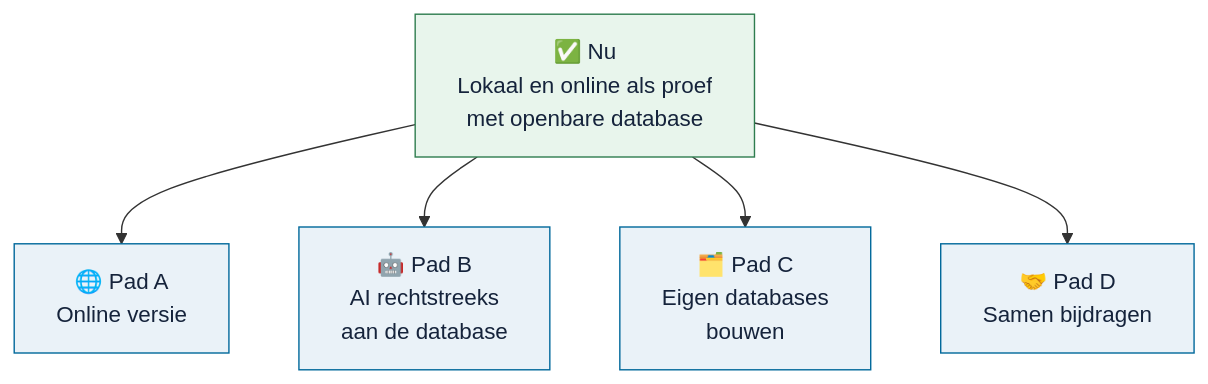
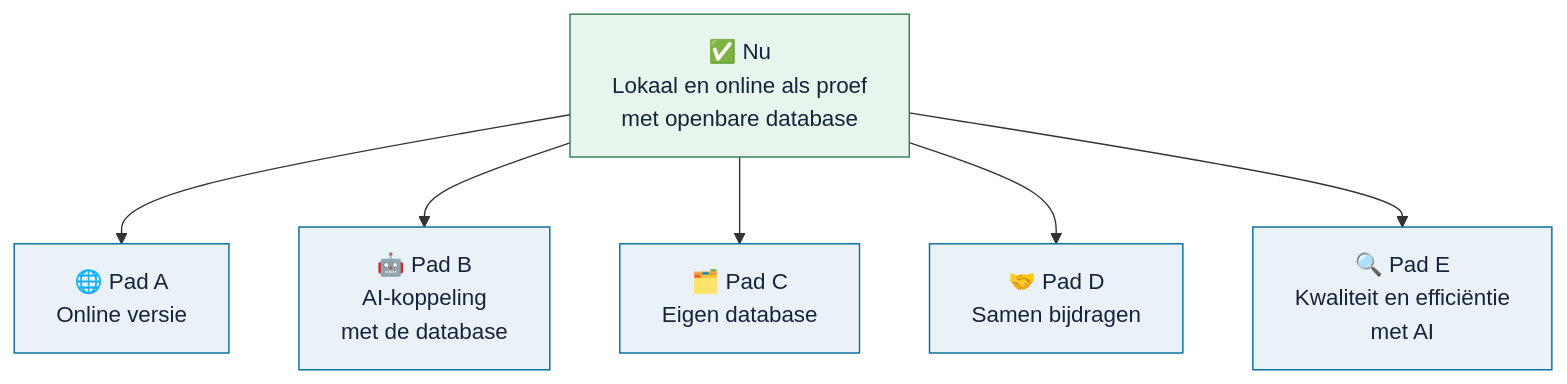
Before and after one commit to Robert-Worm/omnibus: the diagram in docs/routekaart.md, drawn with Mermaid. The commit also changed other lines of this file and 18 other files, not shown here.

````diff
--- a/docs/routekaart.md
+++ b/docs/routekaart.md
@@ -11,11 +11,12 @@
 ```mermaid
 flowchart TD
     N["✅ Nu<br/>Lokaal en online als proef<br/>met openbare database"]
     N --> A["🌐 Pad A<br/>Online versie"]
-    N --> B["🤖 Pad B<br/>AI rechtstreeks<br/>aan de database"]
-    N --> C["🗂️ Pad C<br/>Eigen databases<br/>bouwen"]
+    N --> B["🤖 Pad B<br/>AI-koppeling<br/>met de database"]
+    N --> C["🗂️ Pad C<br/>Eigen database"]
     N --> D["🤝 Pad D<br/>Samen bijdragen"]
+    N --> E["🔍 Pad E<br/>Kwaliteit en efficiëntie<br/>met AI"]
     classDef default fill:#eaf2f8,stroke:#01689b,color:#15233b;
     classDef klaar fill:#e8f5ec,stroke:#2e7d4f,color:#15233b;
     class N klaar;
 ```
````
